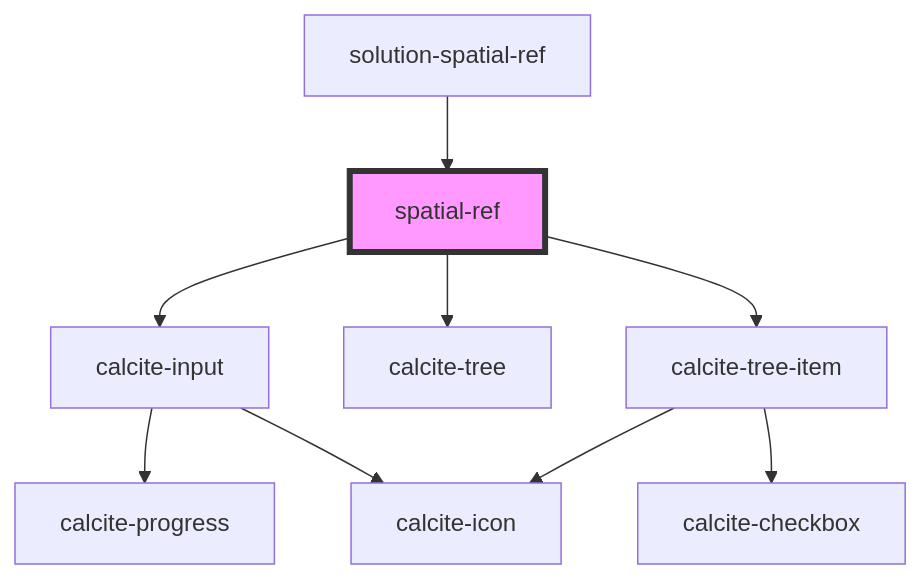
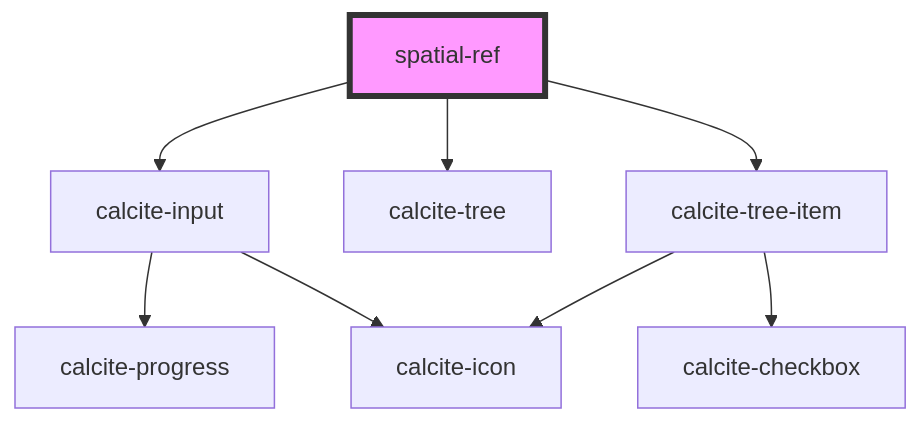
One commit to Esri/solutions-components changed the diagram in src/components/spatial-ref/readme.md. Above: the diagram before and after it, drawn with Mermaid. The commit also changed other lines of this file and 7 other files, not shown here.

Commit message:
Removed spatial-ref component

````diff
--- a/src/components/spatial-ref/readme.md
+++ b/src/components/spatial-ref/readme.md
@@ -85,12 +81,11 @@
 ```mermaid
 graph TD;
   spatial-ref --> calcite-input
   spatial-ref --> calcite-tree
   spatial-ref --> calcite-tree-item
   calcite-input --> calcite-progress
   calcite-input --> calcite-icon
   calcite-tree-item --> calcite-icon
   calcite-tree-item --> calcite-checkbox
-  solution-spatial-ref --> spatial-ref
   style spatial-ref fill:#f9f,stroke:#333,stroke-width:4px
 ```
````
